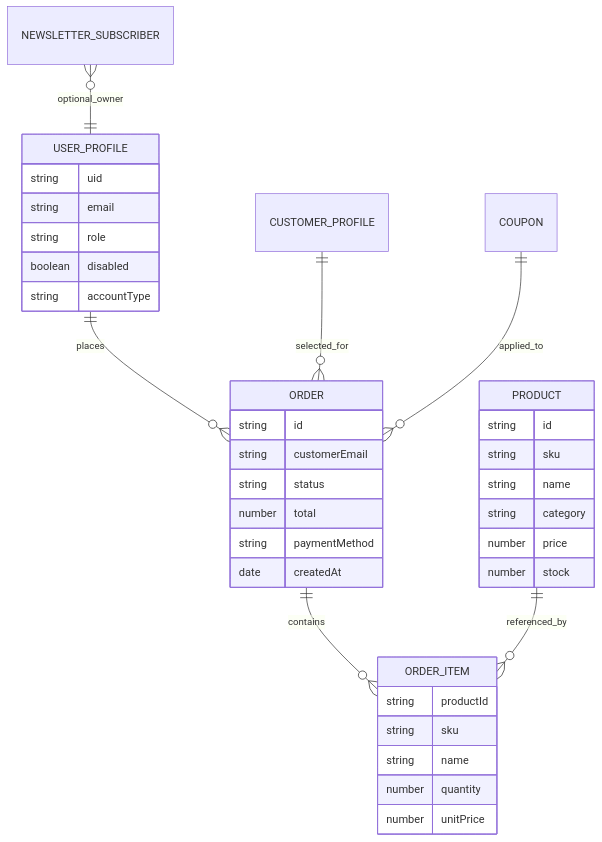
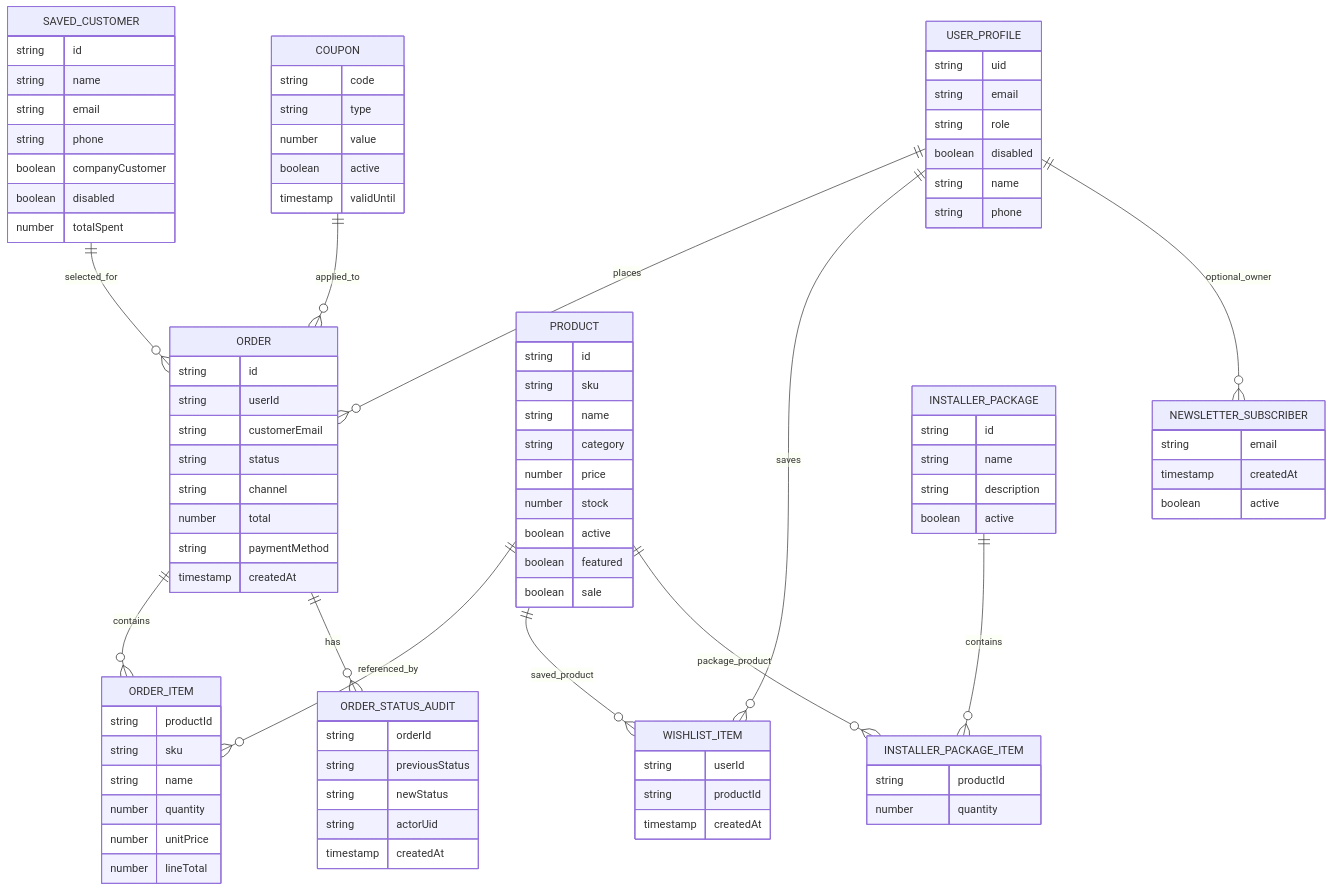
One commit to deadinsideDawe/TDLWebshop changed the third of 8 diagrams in docs/02_architecture/thesis_diagrams.md. Above: the diagram before and after it, drawn with Mermaid. The commit also changed other lines of this file and 19 other files, not shown here.

````diff
--- a/docs/02_architecture/thesis_diagrams.md
+++ b/docs/02_architecture/thesis_diagrams.md
@@ -36,18 +116,24 @@
 ```mermaid
 erDiagram
   USER_PROFILE ||--o{ ORDER : places
+  SAVED_CUSTOMER ||--o{ ORDER : selected_for
   ORDER ||--o{ ORDER_ITEM : contains
   PRODUCT ||--o{ ORDER_ITEM : referenced_by
-  CUSTOMER_PROFILE ||--o{ ORDER : selected_for
   COUPON ||--o{ ORDER : applied_to
-  NEWSLETTER_SUBSCRIBER }o--|| USER_PROFILE : optional_owner
+  ORDER ||--o{ ORDER_STATUS_AUDIT : has
+  USER_PROFILE ||--o{ WISHLIST_ITEM : saves
+  PRODUCT ||--o{ WISHLIST_ITEM : saved_product
+  USER_PROFILE ||--o{ NEWSLETTER_SUBSCRIBER : optional_owner
+  INSTALLER_PACKAGE ||--o{ INSTALLER_PACKAGE_ITEM : contains
+  PRODUCT ||--o{ INSTALLER_PACKAGE_ITEM : package_product
 
   USER_PROFILE {
     string uid
     string email
     string role
     boolean disabled
-    string accountType
+    string name
+    string phone
   }
 
   PRODUCT {
@@ -57,15 +143,20 @@
     string category
     number price
     number stock
+    boolean active
+    boolean featured
+    boolean sale
   }
 
   ORDER {
     string id
+    string userId
     string customerEmail
     string status
+    string channel
     number total
     string paymentMethod
-    date createdAt
+    timestamp createdAt
   }
 
   ORDER_ITEM {
@@ -74,5 +165,56 @@
     string name
     number quantity
     number unitPrice
+    number lineTotal
+  }
+
+  SAVED_CUSTOMER {
+    string id
+    string name
+    string email
+    string phone
+    boolean companyCustomer
+    boolean disabled
+    number totalSpent
+  }
+
+  COUPON {
+    string code
+    string type
+    number value
+    boolean active
+    timestamp validUntil
+  }
+
+  ORDER_STATUS_AUDIT {
+    string orderId
+    string previousStatus
+    string newStatus
+    string actorUid
+    timestamp createdAt
+  }
+
+  WISHLIST_ITEM {
+    string userId
+    string productId
+    timestamp createdAt
+  }
+
+  NEWSLETTER_SUBSCRIBER {
+    string email
+    timestamp createdAt
+    boolean active
+  }
+
+  INSTALLER_PACKAGE {
+    string id
+    string name
+    string description
+    boolean active
+  }
+
+  INSTALLER_PACKAGE_ITEM {
+    string productId
+    number quantity
   }
 ```
````
